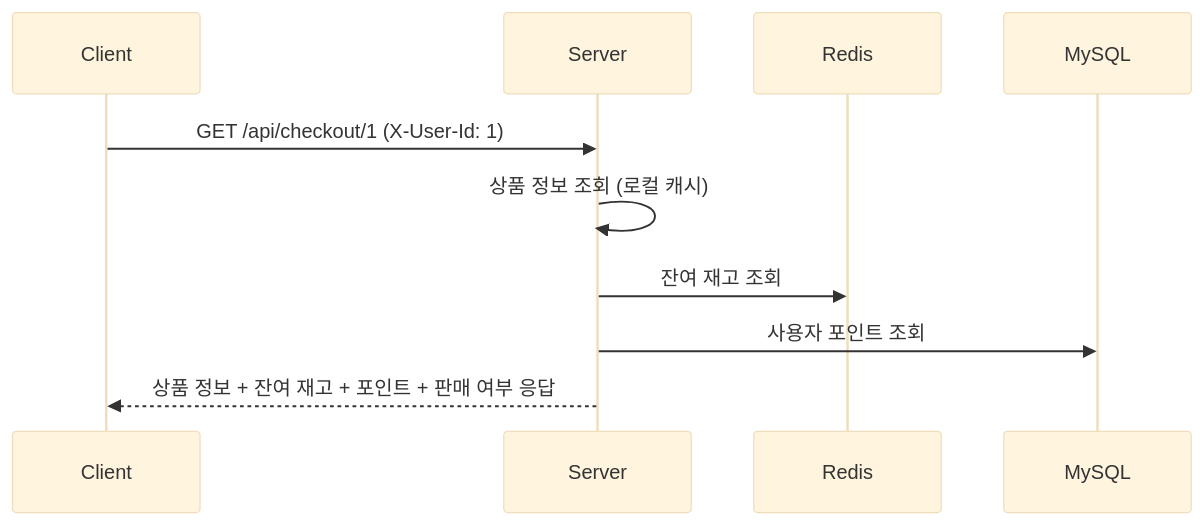
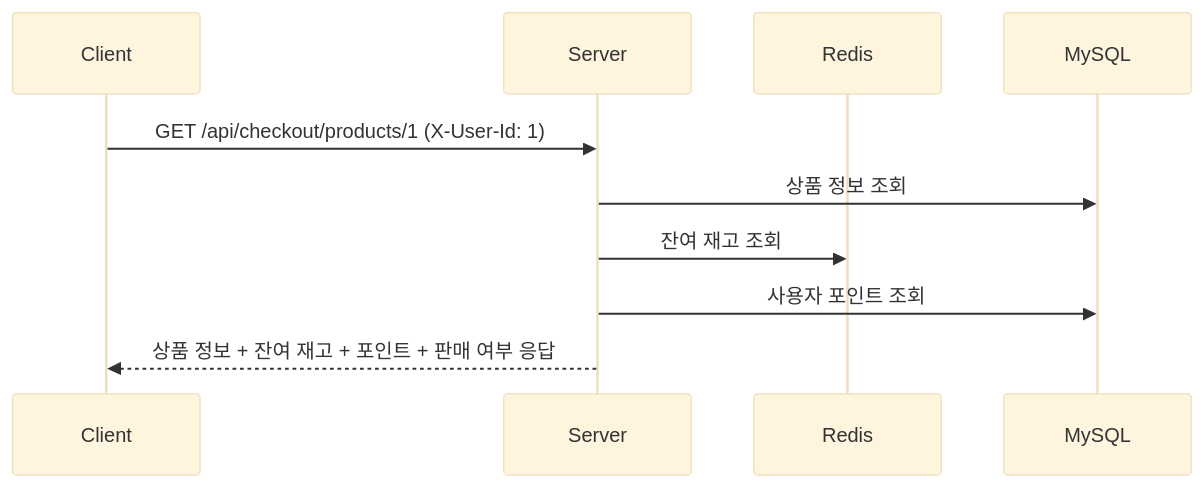
The second of 4 diagrams in README.md (hyunmin0317/reservation-payment-platform), drawn with Mermaid (base theme) before and after one commit. The commit also changed other lines of this file and 10 other files, not shown here.

Commit message:
refactor: Checkout API 응답 스펙 개선 및 내부 리팩토링 (#254)

````diff
--- a/README.md
+++ b/README.md
@@ -320,13 +324,13 @@
 ```mermaid
 sequenceDiagram
     participant C as Client
     participant S as Server
     participant R as Redis
     participant DB as MySQL
 
-    C->>S: GET /api/checkout/1 (X-User-Id: 1)
-    S->>S: 상품 정보 조회 (로컬 캐시)
+    C->>S: GET /api/checkout/products/1 (X-User-Id: 1)
+    S->>DB: 상품 정보 조회
     S->>R: 잔여 재고 조회
     S->>DB: 사용자 포인트 조회
     S-->>C: 상품 정보 + 잔여 재고 + 포인트 + 판매 여부 응답
 ```
````
